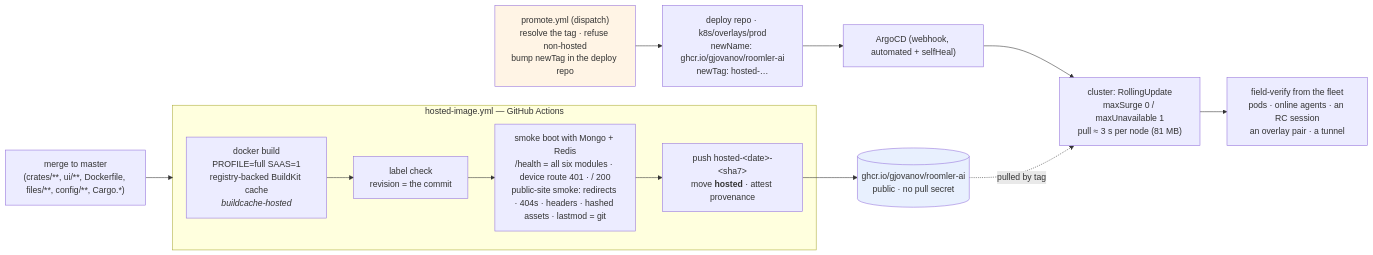
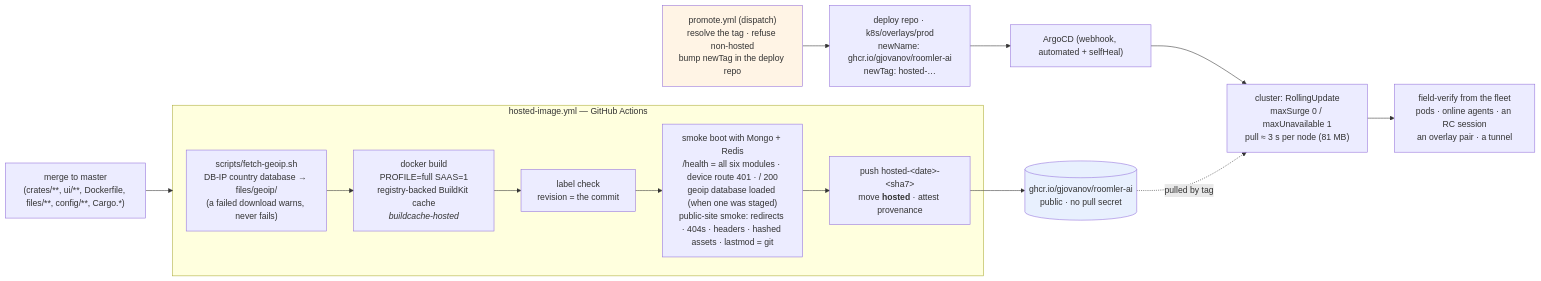
Before and after one commit to gjovanov/roomler-ai: the second of 5 diagrams in docs/deployment.md, drawn with Mermaid. The commit also changed other lines of this file and 18 other files, not shown here.

````diff
--- a/docs/deployment.md
+++ b/docs/deployment.md
@@ -54,23 +56,24 @@
 ```mermaid
 flowchart LR
     M["merge to master<br/>(crates/**, ui/**, Dockerfile, files/**, config/**, Cargo.*)"]
     subgraph gha["hosted-image.yml — GitHub Actions"]
+        GE["scripts/fetch-geoip.sh<br/>DB-IP country database → files/geoip/<br/>(a failed download warns, never fails)"]
         B["docker build<br/>PROFILE=full SAAS=1<br/>registry-backed BuildKit cache<br/><i>buildcache-hosted</i>"]
         L["label check<br/>revision = the commit"]
-        S["smoke boot with Mongo + Redis<br/>/health = all six modules · device route 401 · / 200<br/>public-site smoke: redirects · 404s · headers · hashed assets · lastmod = git"]
+        S["smoke boot with Mongo + Redis<br/>/health = all six modules · device route 401 · / 200<br/>geoip database loaded (when one was staged)<br/>public-site smoke: redirects · 404s · headers · hashed assets · lastmod = git"]
         P["push hosted-&lt;date&gt;-&lt;sha7&gt;<br/>move <b>hosted</b> · attest provenance"]
-        B --> L --> S --> P
+        GE --> B --> L --> S --> P
     end
     G[("ghcr.io/gjovanov/roomler-ai<br/>public · no pull secret")]
     PR["promote.yml (dispatch)<br/>resolve the tag · refuse non-hosted<br/>bump newTag in the deploy repo"]
     D["deploy repo · k8s/overlays/prod<br/>newName: ghcr.io/gjovanov/roomler-ai<br/>newTag: hosted-…"]
     A["ArgoCD (webhook, automated + selfHeal)"]
     K["cluster: RollingUpdate<br/>maxSurge 0 / maxUnavailable 1<br/>pull ≈ 3 s per node (81 MB)"]
     F["field-verify from the fleet<br/>pods · online agents · an RC session<br/>an overlay pair · a tunnel"]
     M --> gha
     P --> G
     PR --> D --> A --> K --> F
     G -.->|"pulled by tag"| K
     style G fill:#e8f0fe
     style PR fill:#fff4e5
 ```
````
